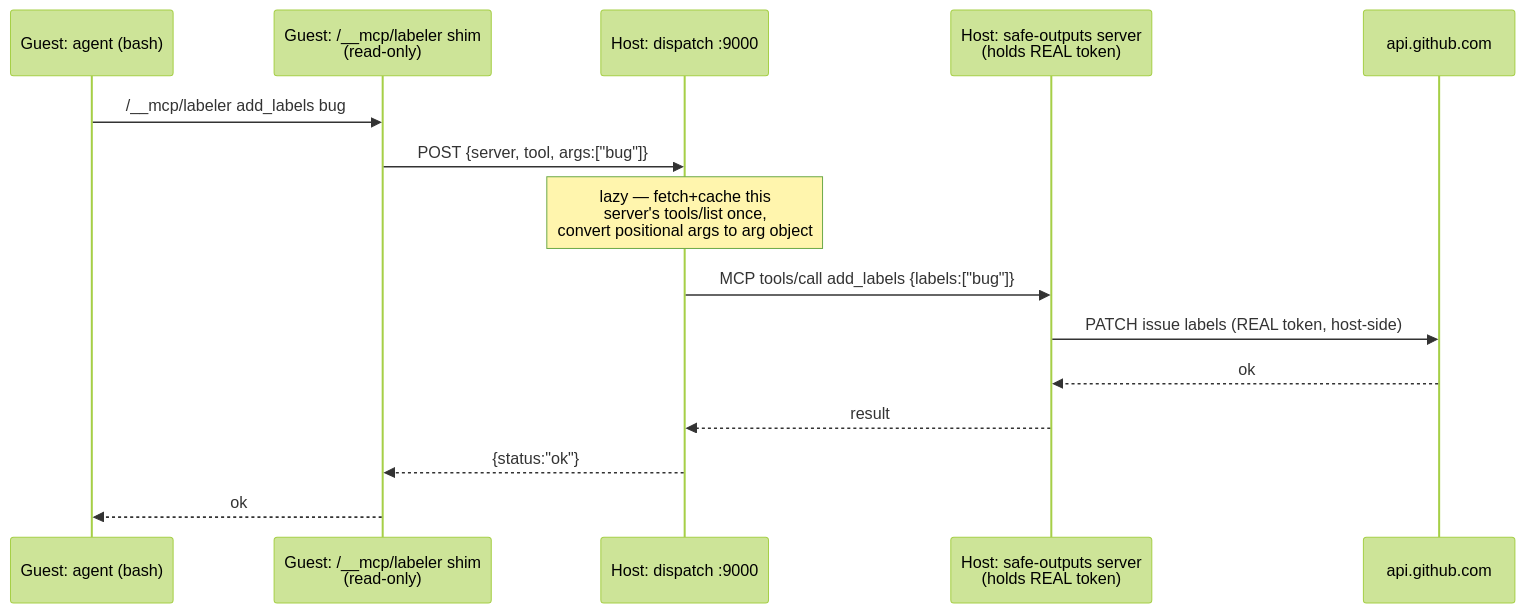
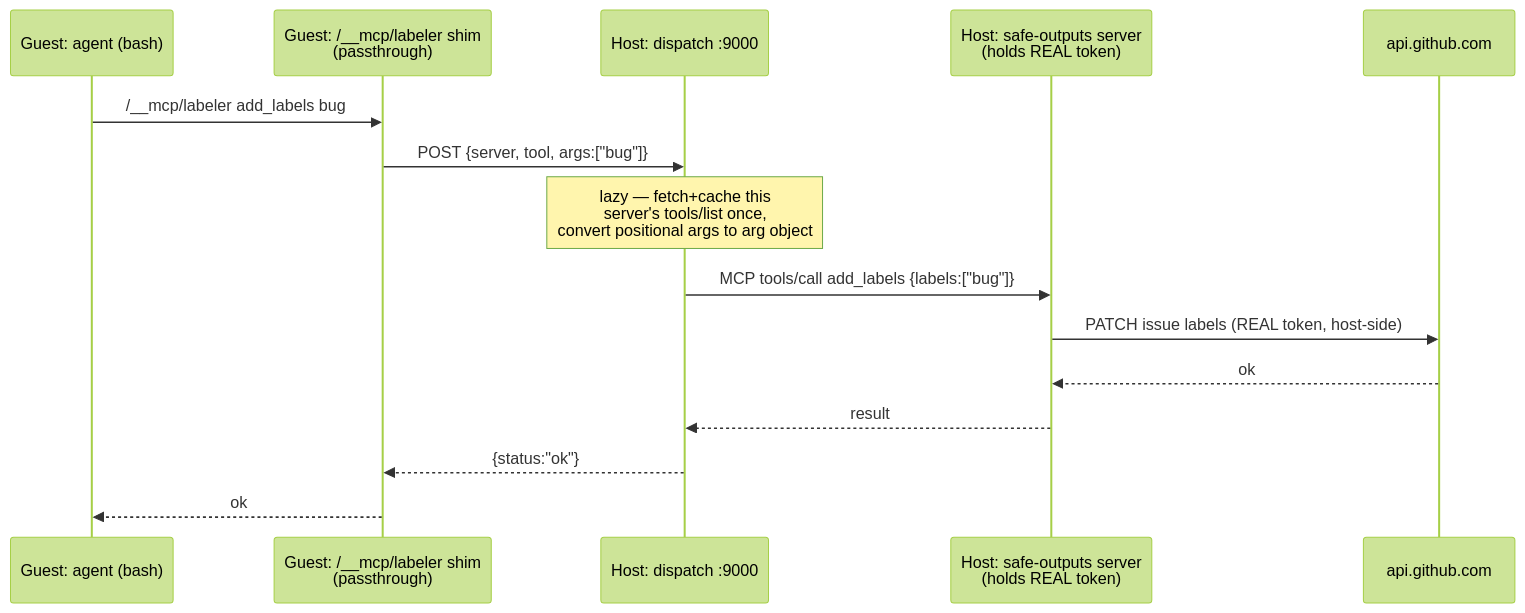
The fourth of 7 diagrams in docs/architecture.md (ericsciple/microvm-agent), drawn with Mermaid (forest theme) before and after one commit. The commit also changed other lines of this file and 4 other files, not shown here.

First line of the commit message:
Make all guest mounts writable discard overlays (no purely read-only mounts)

````diff
--- a/docs/architecture.md
+++ b/docs/architecture.md
@@ -158,18 +158,18 @@
 ```mermaid
 sequenceDiagram
   participant A as Guest: agent (bash)
-  participant S as Guest: /__mcp/labeler shim<br/>(read-only)
+  participant S as Guest: /__mcp/labeler shim<br/>(passthrough)
   participant D as Host: dispatch :9000
   participant M as Host: safe-outputs server<br/>(holds REAL token)
   participant GH as api.github.com
 
   A->>S: /__mcp/labeler add_labels bug
   S->>D: POST {server, tool, args:["bug"]}
   Note over D: lazy — fetch+cache this<br/>server's tools/list once,<br/>convert positional args to arg object
   D->>M: MCP tools/call add_labels {labels:["bug"]}
   M->>GH: PATCH issue labels (REAL token, host-side)
   GH-->>M: ok
   M-->>D: result
   D-->>S: {status:"ok"}
   S-->>A: ok
 ```
````
